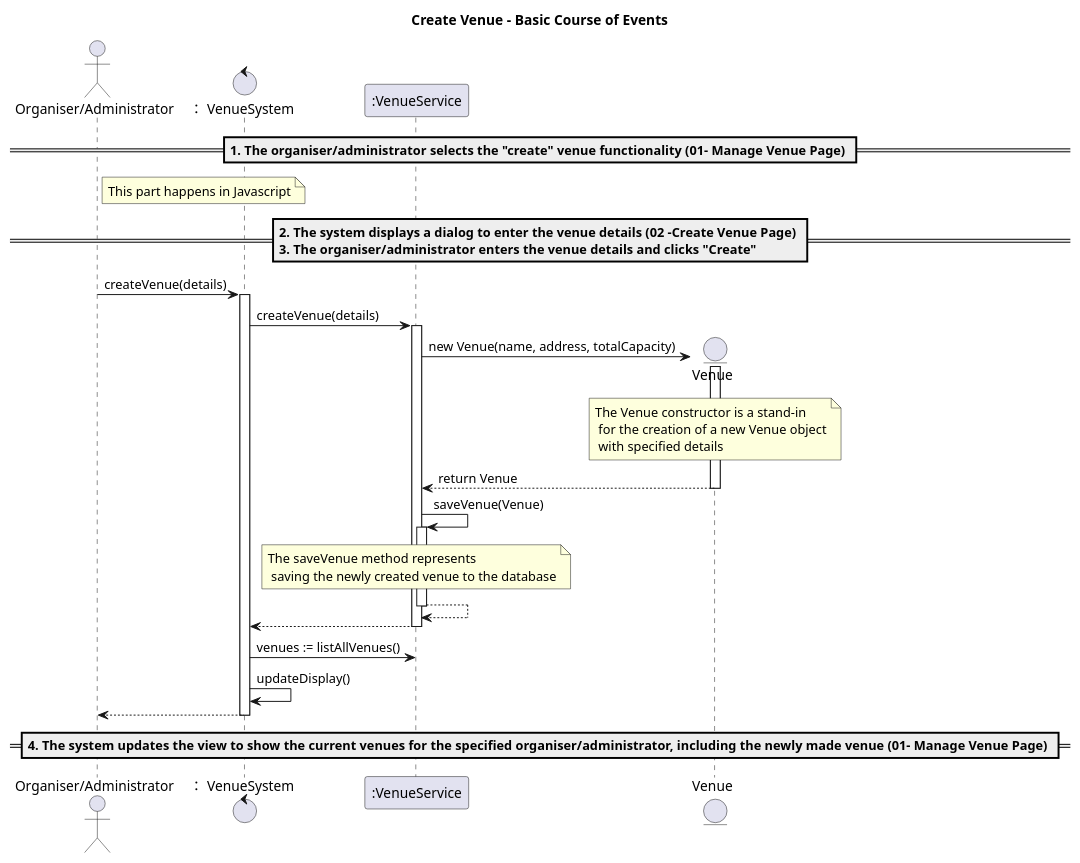
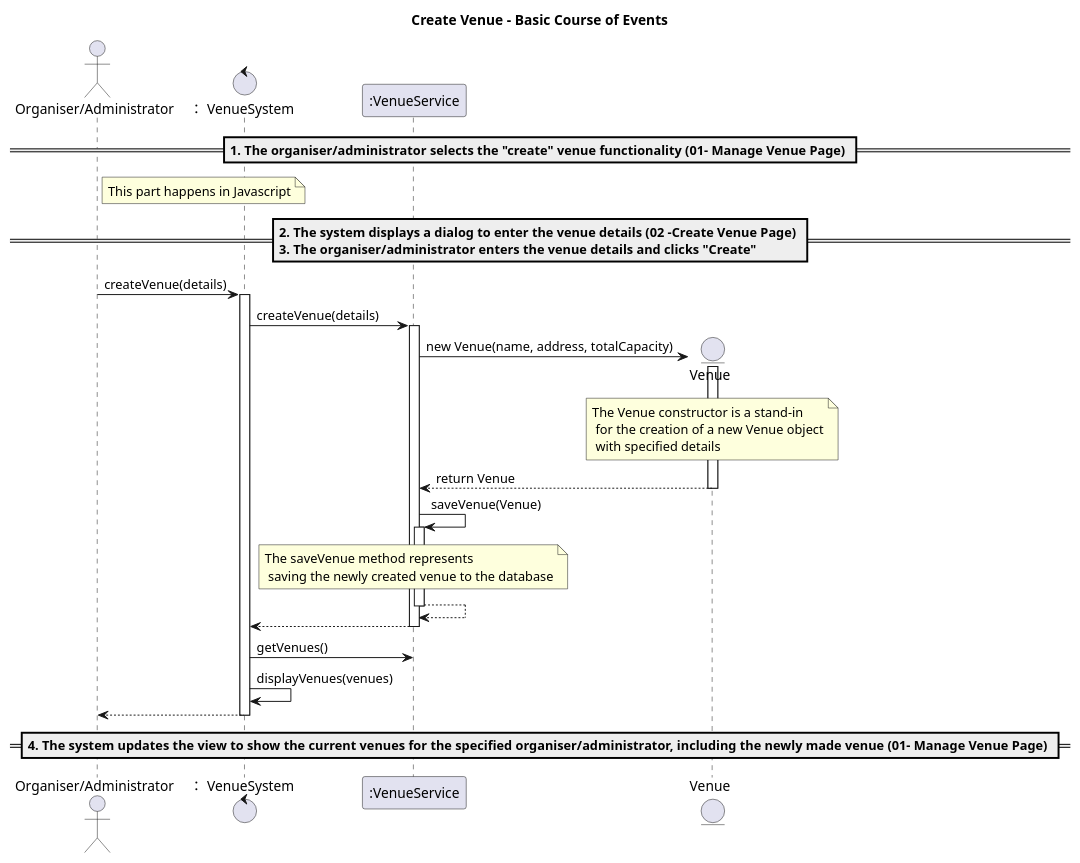
One commit to mrle0429/Event-Management-System changed the diagram in 02-analysis/usecases/text/11-create-venue.puml. Above: the diagram before and after it, drawn with PlantUML. The commit also changed 7 other files, not shown here.

```diff
--- a/02-analysis/usecases/text/11-create-venue.puml
+++ b/02-analysis/usecases/text/11-create-venue.puml
@@ -1,42 +1,42 @@
 @startuml
 title Create Venue - Basic Course of Events
 
 actor "Organiser/Administrator" as OA
 control “： VenueSystem” as System
 participant ":VenueService" as Service
 
 
 == 1. The organiser/administrator selects the "create" venue functionality **(01- Manage Venue Page)** ==
 note right of OA: This part happens in Javascript
 == 2. The system displays a dialog to enter the venue details **(02 -Create Venue Page)** \n3. The organiser/administrator enters the venue details and clicks "Create" ==
 
 OA -> System: createVenue(details)
 activate System
 
 System -> Service: createVenue(details)
 activate Service
 
 create entity Venue
 Service -> Venue: new Venue(name, address, totalCapacity)
 activate Venue
 note over Venue: The Venue constructor is a stand-in\n for the creation of a new Venue object\n with specified details
 Venue --> Service: return Venue
 deactivate Venue
 
 Service -> Service: saveVenue(Venue)
 activate Service
 note over Service: The saveVenue method represents\n saving the newly created venue to the database
 Service --> Service:
 deactivate Service
 
 Service --> System:
 deactivate Service
 
-System -> Service: venues := listAllVenues()
-System -> System: updateDisplay()
+System -> Service: getVenues()
+System -> System: displayVenues(venues)
 
 System --> OA
 deactivate System
 
 == 4. The system updates the view to show the current venues for the specified organiser/administrator, including the newly made venue **(01- Manage Venue Page)** ==
 @enduml
```
